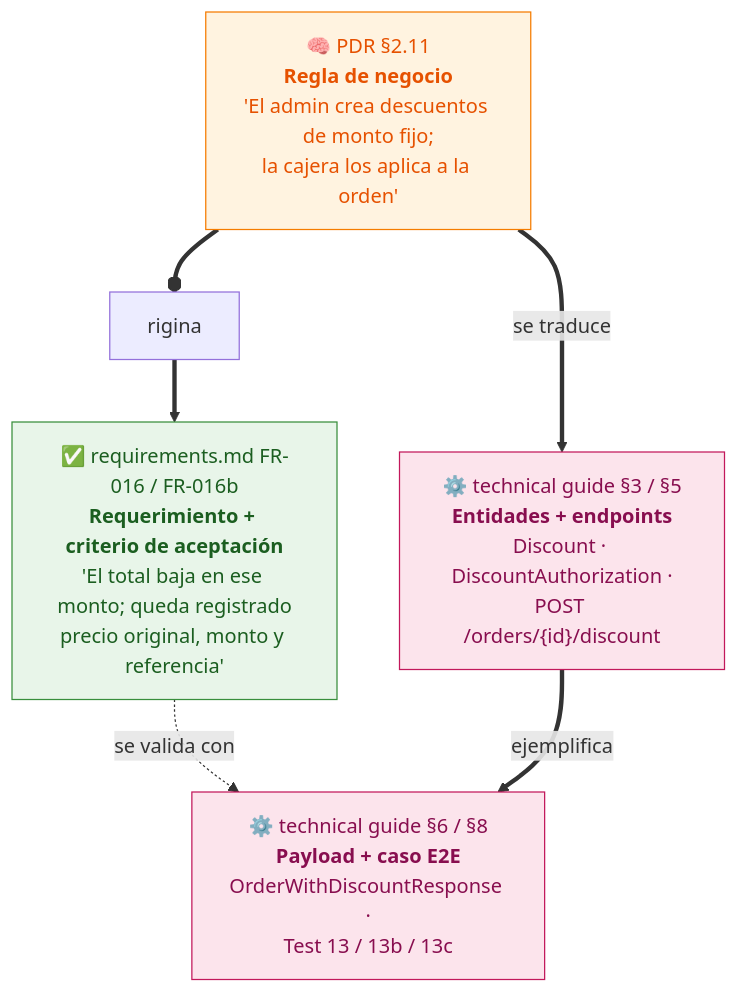
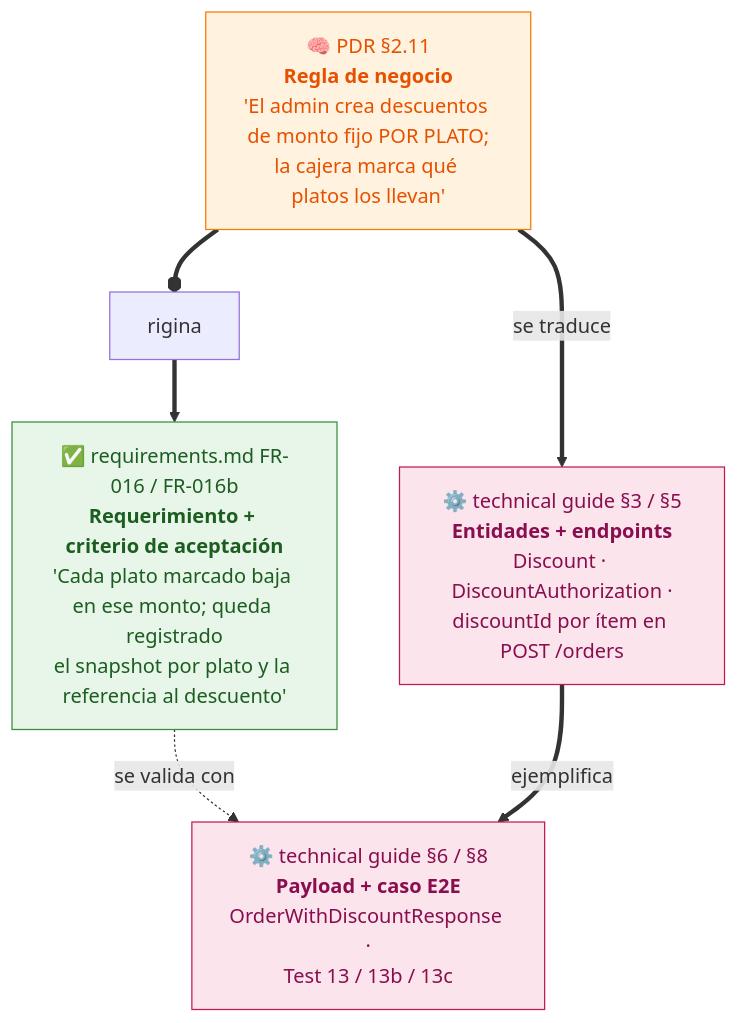
Before and after one commit to Santillan-Reyna-Ariel-Angel/wonderchicken-docs: the third of 6 diagrams in docs/indice_pdr.md, drawn with Mermaid. The commit also changed 6 other files, not shown here.

First line of the commit message:
feat(descuentos): aplicar por plato en una sola llamada

````diff
--- a/docs/indice_pdr.md
+++ b/docs/indice_pdr.md
@@ -193,19 +193,19 @@
 ```mermaid
 flowchart TB
-    A["🧠 PDR §2.11<br/><b>Regla de negocio</b><br/>'El admin crea descuentos de monto fijo;<br/>la cajera los aplica a la orden'"]
-    B["✅ requirements.md FR-016 / FR-016b<br/><b>Requerimiento + criterio de aceptación</b><br/>'El total baja en ese monto; queda registrado<br/>precio original, monto y referencia'"]
-    C["⚙️ technical guide §3 / §5<br/><b>Entidades + endpoints</b><br/>Discount · DiscountAuthorization ·<br/>POST /orders/{id}/discount"]
+    A["🧠 PDR §2.11<br/><b>Regla de negocio</b><br/>'El admin crea descuentos de monto fijo POR PLATO;<br/>la cajera marca qué platos los llevan'"]
+    B["✅ requirements.md FR-016 / FR-016b<br/><b>Requerimiento + criterio de aceptación</b><br/>'Cada plato marcado baja en ese monto; queda registrado<br/>el snapshot por plato y la referencia al descuento'"]
+    C["⚙️ technical guide §3 / §5<br/><b>Entidades + endpoints</b><br/>Discount · DiscountAuthorization ·<br/>discountId por ítem en POST /orders"]
     D["⚙️ technical guide §6 / §8<br/><b>Payload + caso E2E</b><br/>OrderWithDiscountResponse ·<br/>Test 13 / 13b / 13c"]
 
     A ==origina==> B
     A ==se traduce==> C
     B -.se valida con.-> D
     C ==ejemplifica==> D
 
     classDef pdr fill:#fff3e0,stroke:#f57c00,color:#e65100
     classDef req fill:#e8f5e9,stroke:#388e3c,color:#1b5e20
     classDef tech fill:#fce4ec,stroke:#c2185b,color:#880e4f
     class A pdr
     class B req
     class C,D tech
 ```
````
